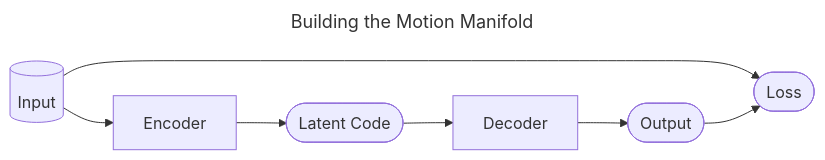
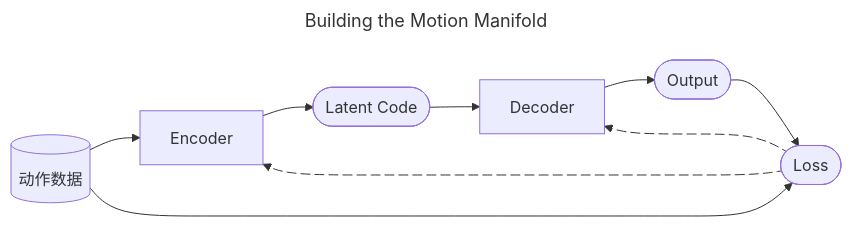
The first of 4 diagrams in src/131.md (CaterpillarStudyGroup/ReadPapers), drawn with Mermaid before and after one commit. The commit also changed other lines of this file and 3 other files, not shown here.

````diff
--- a/src/131.md
+++ b/src/131.md
@@ -19,15 +19,23 @@
 ```mermaid
 ---
 title: Building the Motion Manifold
 ---
 flowchart LR
-    Input[(Input)]
+    Input[("动作数据")]
     Encoder
     Latent(["Latent Code"])
     Decoder
     Output(["Output"])
     Loss(["Loss"])
 
     Input-->Encoder-->Latent-->Decoder-->Output
     Input & Output --> Loss
+
+    
+    
+    Loss e1@-->Encoder 
+    Loss e2@-->Decoder
+
+    e1@{ animation: fast }
+    e2@{ animation: fast }
 ```
````
